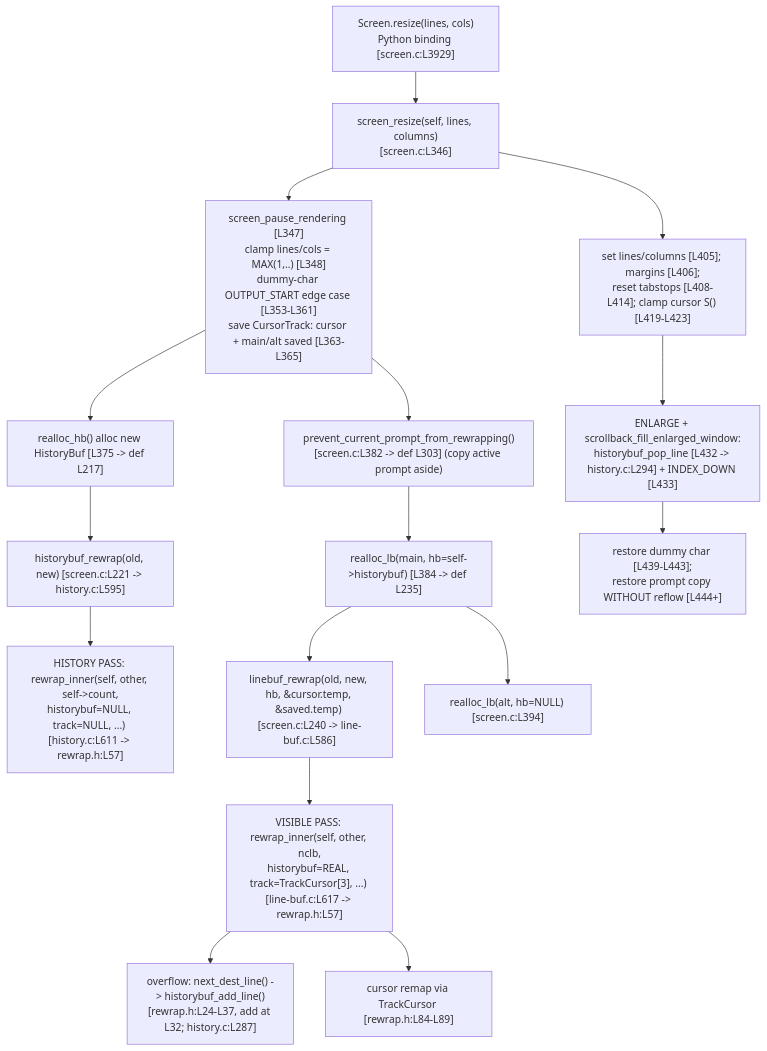
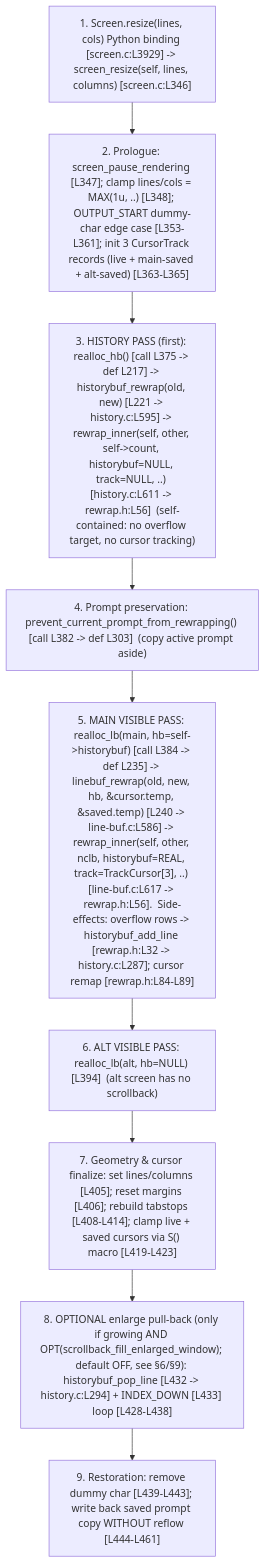
Before and after one commit to blitzy-research/kitty: the diagram in blitzy/documentation/kitty_815df1e210e0.md, drawn with Mermaid. The commit also changed other lines of this file, not shown here.

First line of the commit message:
docs(reflow): resolve 16 code-review findings on kitty rewrap Q&A

````diff
--- a/blitzy/documentation/kitty_815df1e210e0.md
+++ b/blitzy/documentation/kitty_815df1e210e0.md
@@ -52,18 +57,12 @@
 ```mermaid
 flowchart TD
-    A["Screen.resize(lines, cols)\nPython binding [screen.c:L3929]"] --> B["screen_resize(self, lines, columns)\n[screen.c:L346]"]
-    B --> C["screen_pause_rendering [L347]\nclamp lines/cols = MAX(1,..) [L348]\ndummy-char OUTPUT_START edge case [L353-L361]\nsave CursorTrack: cursor + main/alt saved [L363-L365]"]
-    C --> D["realloc_hb() alloc new HistoryBuf [L375 -> def L217]"]
-    D --> E["historybuf_rewrap(old, new) [screen.c:L221 -> history.c:L595]"]
-    E --> F["HISTORY PASS: rewrap_inner(self, other, self->count,\nhistorybuf=NULL, track=NULL, ...) [history.c:L611 -> rewrap.h:L57]"]
-    C --> G["prevent_current_prompt_from_rewrapping()\n[screen.c:L382 -> def L303] (copy active prompt aside)"]
-    G --> H["realloc_lb(main, hb=self->historybuf) [L384 -> def L235]"]
-    H --> I["linebuf_rewrap(old, new, hb, &cursor.temp, &saved.temp) [screen.c:L240 -> line-buf.c:L586]"]
-    I --> J["VISIBLE PASS: rewrap_inner(self, other, nclb,\nhistorybuf=REAL, track=TrackCursor[3], ...) [line-buf.c:L617 -> rewrap.h:L57]"]
-    J --> K["overflow: next_dest_line() -> historybuf_add_line()\n[rewrap.h:L24-L37, add at L32; history.c:L287]"]
-    J --> L["cursor remap via TrackCursor [rewrap.h:L84-L89]"]
-    H --> M["realloc_lb(alt, hb=NULL) [screen.c:L394]"]
-    B --> N["set lines/columns [L405]; margins [L406];\nreset tabstops [L408-L414]; clamp cursor S() [L419-L423]"]
-    N --> O["ENLARGE + scrollback_fill_enlarged_window:\nhistorybuf_pop_line [L432 -> history.c:L294] + INDEX_DOWN [L433]"]
-    O --> P["restore dummy char [L439-L443];\nrestore prompt copy WITHOUT reflow [L444+]"]
+    A["1. Screen.resize(lines, cols) Python binding [screen.c:L3929] -> screen_resize(self, lines, columns) [screen.c:L346]"]
+    --> B["2. Prologue: screen_pause_rendering [L347]; clamp lines/cols = MAX(1u, ..) [L348]; OUTPUT_START dummy-char edge case [L353-L361]; init 3 CursorTrack records (live + main-saved + alt-saved) [L363-L365]"]
+    --> C["3. HISTORY PASS (first): realloc_hb() [call L375 -> def L217] -> historybuf_rewrap(old, new) [L221 -> history.c:L595] -> rewrap_inner(self, other, self->count, historybuf=NULL, track=NULL, ..) [history.c:L611 -> rewrap.h:L56]  (self-contained: no overflow target, no cursor tracking)"]
+    --> D["4. Prompt preservation: prevent_current_prompt_from_rewrapping() [call L382 -> def L303]  (copy active prompt aside)"]
+    --> E["5. MAIN VISIBLE PASS: realloc_lb(main, hb=self->historybuf) [call L384 -> def L235] -> linebuf_rewrap(old, new, hb, &cursor.temp, &saved.temp) [L240 -> line-buf.c:L586] -> rewrap_inner(self, other, nclb, historybuf=REAL, track=TrackCursor[3], ..) [line-buf.c:L617 -> rewrap.h:L56].  Side-effects: overflow rows -> historybuf_add_line [rewrap.h:L32 -> history.c:L287]; cursor remap [rewrap.h:L84-L89]"]
+    --> F["6. ALT VISIBLE PASS: realloc_lb(alt, hb=NULL) [L394]  (alt screen has no scrollback)"]
+    --> G["7. Geometry & cursor finalize: set lines/columns [L405]; reset margins [L406]; rebuild tabstops [L408-L414]; clamp live + saved cursors via S() macro [L419-L423]"]
+    --> H["8. OPTIONAL enlarge pull-back (only if growing AND OPT(scrollback_fill_enlarged_window); default OFF, see §6/§9): historybuf_pop_line [L432 -> history.c:L294] + INDEX_DOWN [L433] loop [L428-L438]"]
+    --> I["9. Restoration: remove dummy char [L439-L443]; write back saved prompt copy WITHOUT reflow [L444-L461]"]
 ```
````
